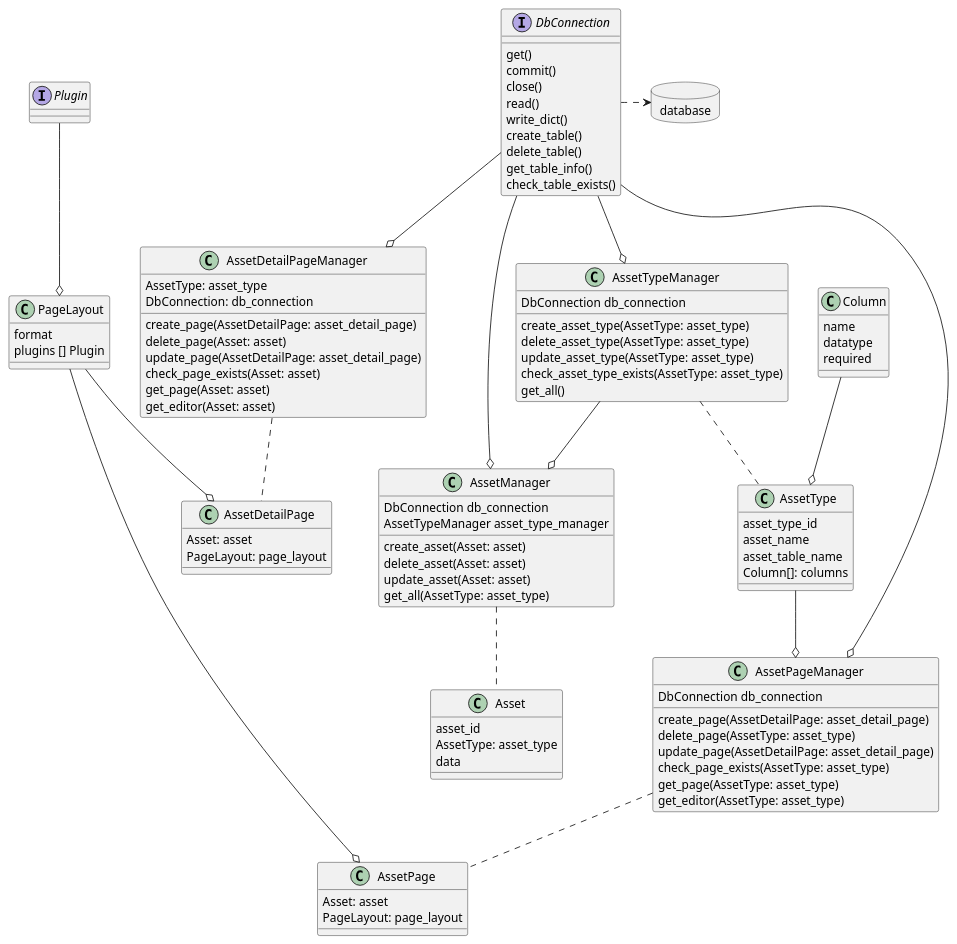
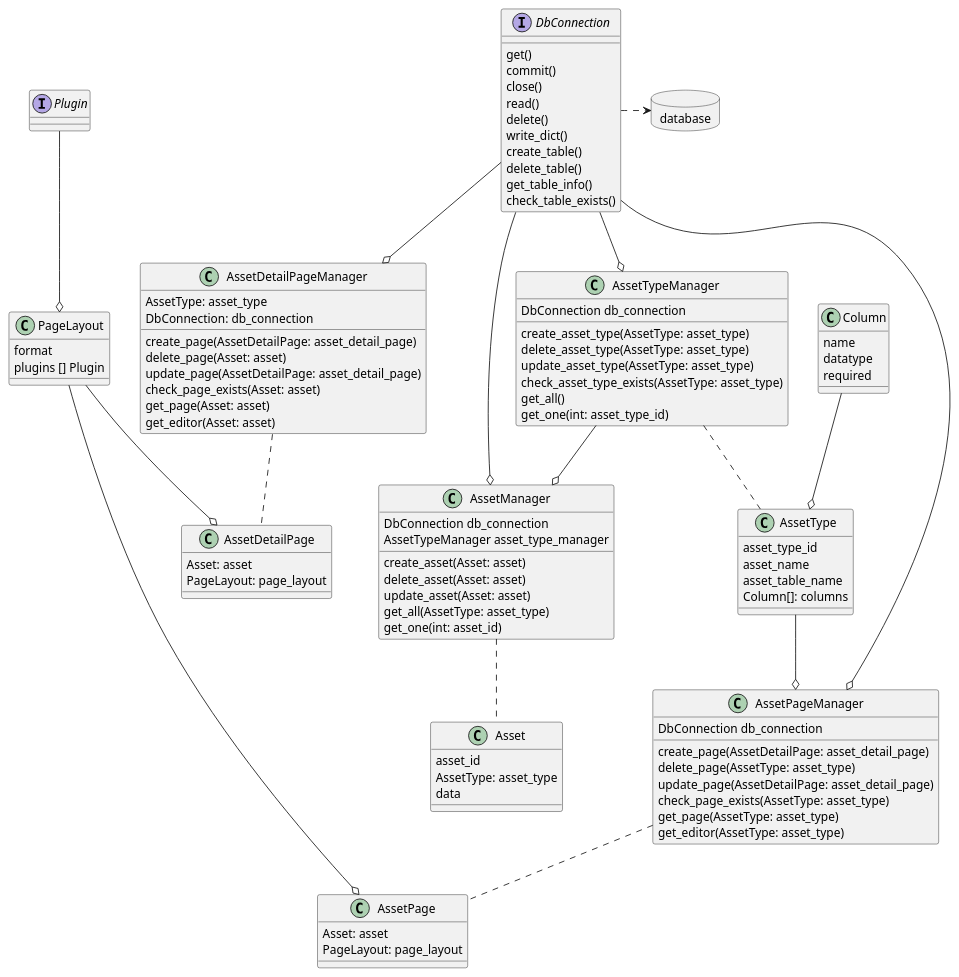
Before and after one commit to PDT42/AnyBase: the diagram in doc/classes.wsd, drawn with PlantUML. The commit also changed 19 other files, not shown here.

```diff
--- a/doc/classes.wsd
+++ b/doc/classes.wsd
@@ -1,120 +1,123 @@
 @startuml test
 
 allow_mixing
 
 class AssetType {
     asset_type_id
     asset_name
     asset_table_name
     Column[]: columns
 }
 
 class Column {
     name
     datatype
     required
 }
 
 class Asset {
     asset_id
     AssetType: asset_type
     data
 }
 
 class AssetTypeManager {
     DbConnection db_connection
     create_asset_type(AssetType: asset_type)
     delete_asset_type(AssetType: asset_type)
     update_asset_type(AssetType: asset_type)
     check_asset_type_exists(AssetType: asset_type)
     get_all()
+    get_one(int: asset_type_id)
 }
 
 class AssetPageManager {
     DbConnection db_connection
     create_page(AssetDetailPage: asset_detail_page)
     delete_page(AssetType: asset_type)
     update_page(AssetDetailPage: asset_detail_page)
     check_page_exists(AssetType: asset_type)
     get_page(AssetType: asset_type)
     get_editor(AssetType: asset_type)
 }
 
 class AssetPage {
     Asset: asset
     PageLayout: page_layout
 }
 
 class PageLayout {
     format
     plugins [] Plugin
 }
 
 class AssetDetailPageManager {
     AssetType: asset_type
     DbConnection: db_connection
     create_page(AssetDetailPage: asset_detail_page)
     delete_page(Asset: asset)
     update_page(AssetDetailPage: asset_detail_page)
     check_page_exists(Asset: asset)
     get_page(Asset: asset)
     get_editor(Asset: asset)
 }
 
 class AssetDetailPage {
     Asset: asset
     PageLayout: page_layout
 }
 
 class AssetManager  {
     DbConnection db_connection
     AssetTypeManager asset_type_manager
     create_asset(Asset: asset)
     delete_asset(Asset: asset)
     update_asset(Asset: asset)
     get_all(AssetType: asset_type)
+    get_one(int: asset_id)
 }
 
 interface DbConnection {
     get()
     commit()
     close()
     read()
+    delete()
     write_dict()
     create_table()
     delete_table()
     get_table_info()
     check_table_exists()
 }
 
 interface Plugin {
 
 }
 
 database database
 
 DbConnection .> database
 DbConnection --o AssetManager
 DbConnection --o AssetTypeManager
 DbConnection --o AssetPageManager
 DbConnection --o AssetDetailPageManager
 
 AssetTypeManager --o AssetManager
 AssetTypeManager .. AssetType
 
 AssetManager .. Asset
 
 AssetType --o AssetPageManager
 
 Column --o AssetType
 
 AssetPageManager .. AssetPage
 
 AssetDetailPageManager .. AssetDetailPage
 
 PageLayout --o AssetDetailPage
 PageLayout --o AssetPage
 
 Plugin --o PageLayout
 
 @enduml
```
